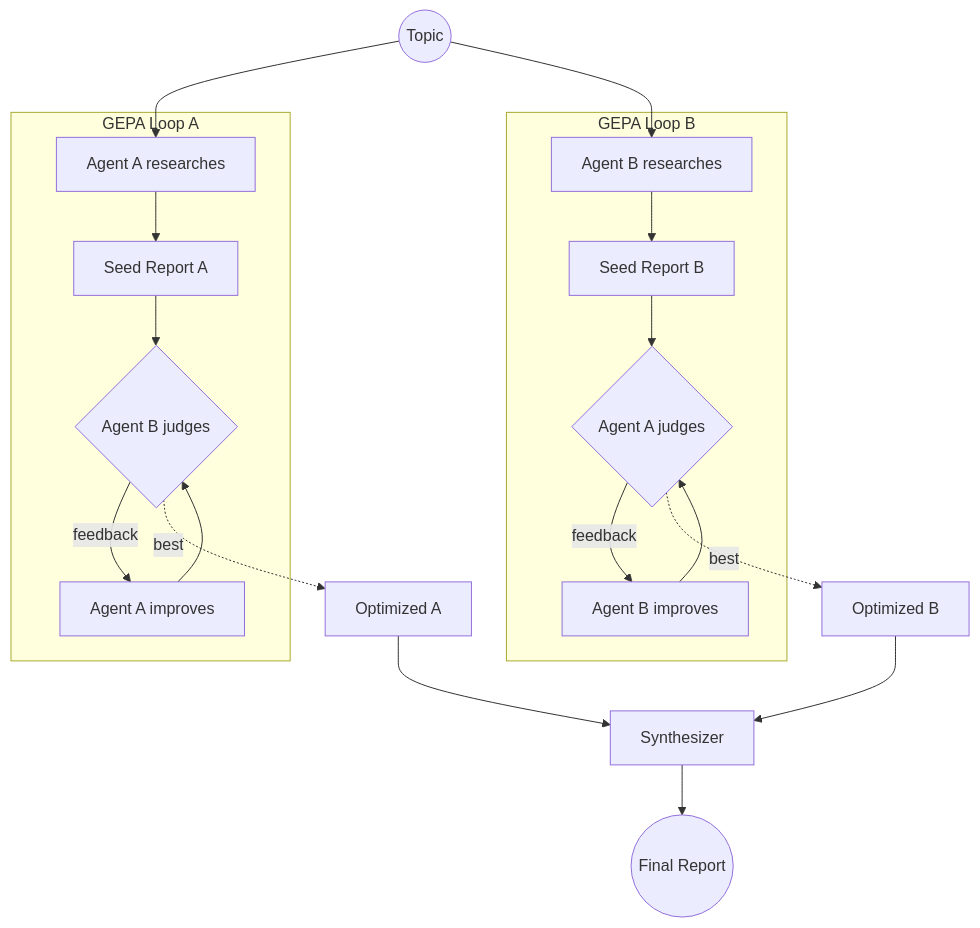
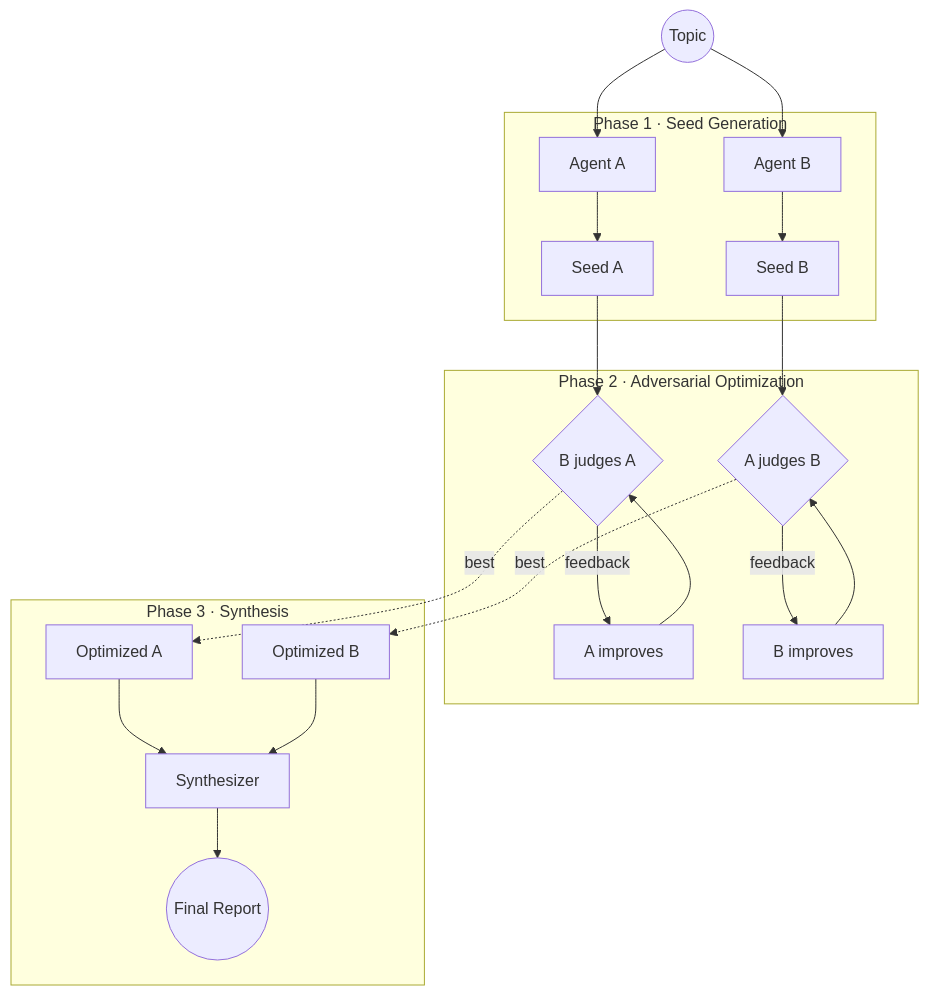
One commit to adityavkk/ivory-tower changed the second of 2 diagrams in README.md. Above: the diagram before and after it, drawn with Mermaid. The commit also changed other lines of this file, not shown here.

Commit message:
docs: add council + adversarial mermaid diagrams, mark debate/map-reduce/red-blue as planned

````diff
--- a/README.md
+++ b/README.md
@@ -37,23 +40,27 @@
 ```mermaid
 graph TD
-    T((Topic)) --> A1[Agent A researches] & B1[Agent B researches]
+    T((Topic)) --> A1[Agent A] & B1[Agent B]
 
-    subgraph "GEPA Loop A"
-        A1 --> SA[Seed Report A]
-        SA --> JA{Agent B judges}
-        JA -- feedback --> IA[Agent A improves]
-        IA --> JA
+    subgraph "Phase 1 · Seed Generation"
+        A1 --> SA[Seed A]
+        B1 --> SB[Seed B]
     end
 
-    subgraph "GEPA Loop B"
-        B1 --> SB[Seed Report B]
-        SB --> JB{Agent A judges}
-        JB -- feedback --> IB[Agent B improves]
+    subgraph "Phase 2 · Adversarial Optimization"
+        SA --> JA{B judges A}
+        JA -- feedback --> IA[A improves]
+        IA --> JA
+
+        SB --> JB{A judges B}
+        JB -- feedback --> IB[B improves]
         IB --> JB
     end
 
     JA -. best .-> OA[Optimized A]
     JB -. best .-> OB[Optimized B]
-    OA & OB --> SYN[Synthesizer]
-    SYN --> FR((Final Report))
+
+    subgraph "Phase 3 · Synthesis"
+        OA & OB --> SYN[Synthesizer]
+        SYN --> FR((Final Report))
+    end
 ```
````
